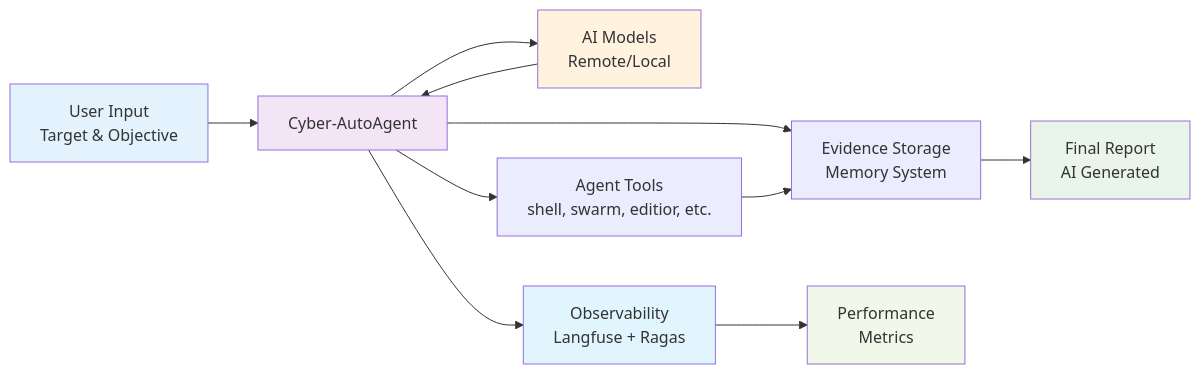
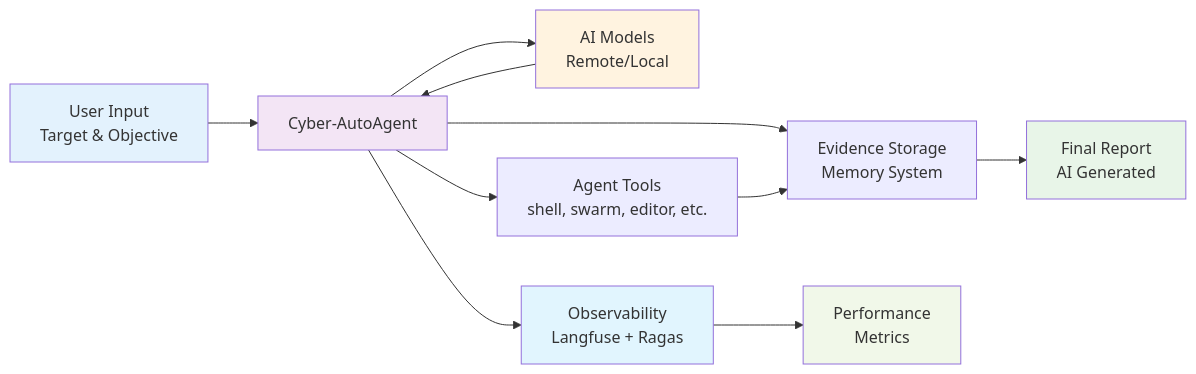
One commit to westonbrown/Cyber-AutoAgent changed the first of 3 diagrams in README.md. Above: the diagram before and after it, drawn with Mermaid. The commit also changed other lines of this file and 10 other files, not shown here.

````diff
--- a/README.md
+++ b/README.md
@@ -108,20 +136,20 @@
 ```mermaid
 graph LR
     A[User Input<br/>Target & Objective] --> B[Cyber-AutoAgent]
     B --> C[AI Models<br/>Remote/Local]
-    B --> D[Agent Tools<br/>shell, swarm, editior, etc.]
+    B --> D[Agent Tools<br/>shell, swarm, editor, etc.]
     B --> E[Evidence Storage<br/>Memory System]
     B --> O[Observability<br/>Langfuse + Ragas]
-    
+
     C --> B
     D --> E
     E --> F[Final Report<br/>AI Generated]
     O --> G[Performance<br/>Metrics]
-    
+
     style A fill:#e3f2fd
     style F fill:#e8f5e8
     style B fill:#f3e5f5
     style C fill:#fff3e0
     style O fill:#e1f5fe
     style G fill:#f1f8e9
 ```
````
